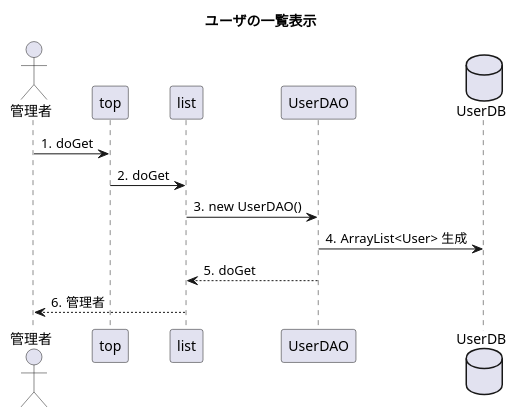
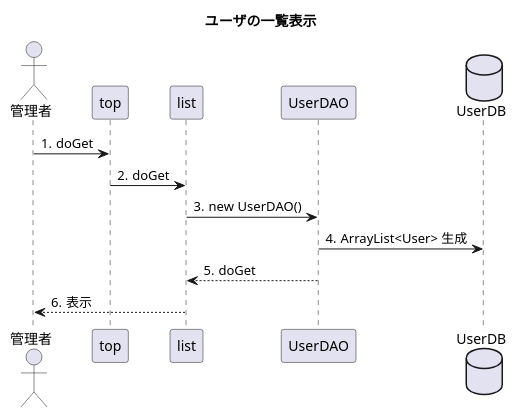
Before and after one commit to toufu66/ProjectC: the diagram in uml_detail/seq_listup.pu, drawn with PlantUML.

Commit message:
軽微な修正

```diff
--- a/uml_detail/seq_listup.pu
+++ b/uml_detail/seq_listup.pu
@@ -1,19 +1,19 @@
 @startuml
 title ユーザの一覧表示
 
 autonumber "#."
 
 actor 管理者
 participant top
 participant list
 participant UserDAO
 database UserDB
 
 管理者->top:doGet
 top->list:doGet
 list->UserDAO:new UserDAO()
 UserDAO->UserDB:ArrayList<User> 生成
 UserDAO-->list:doGet
-list-->管理者:管理者
+list-->管理者:表示
 
 @enduml
```
